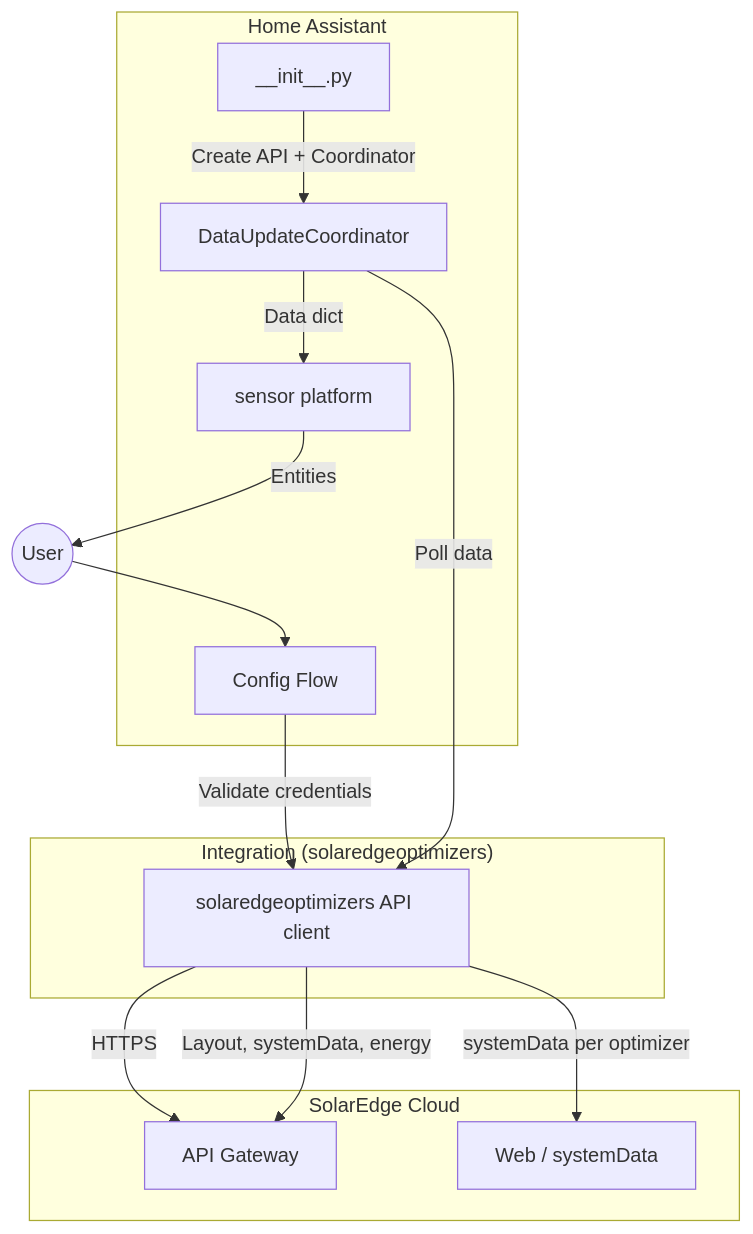
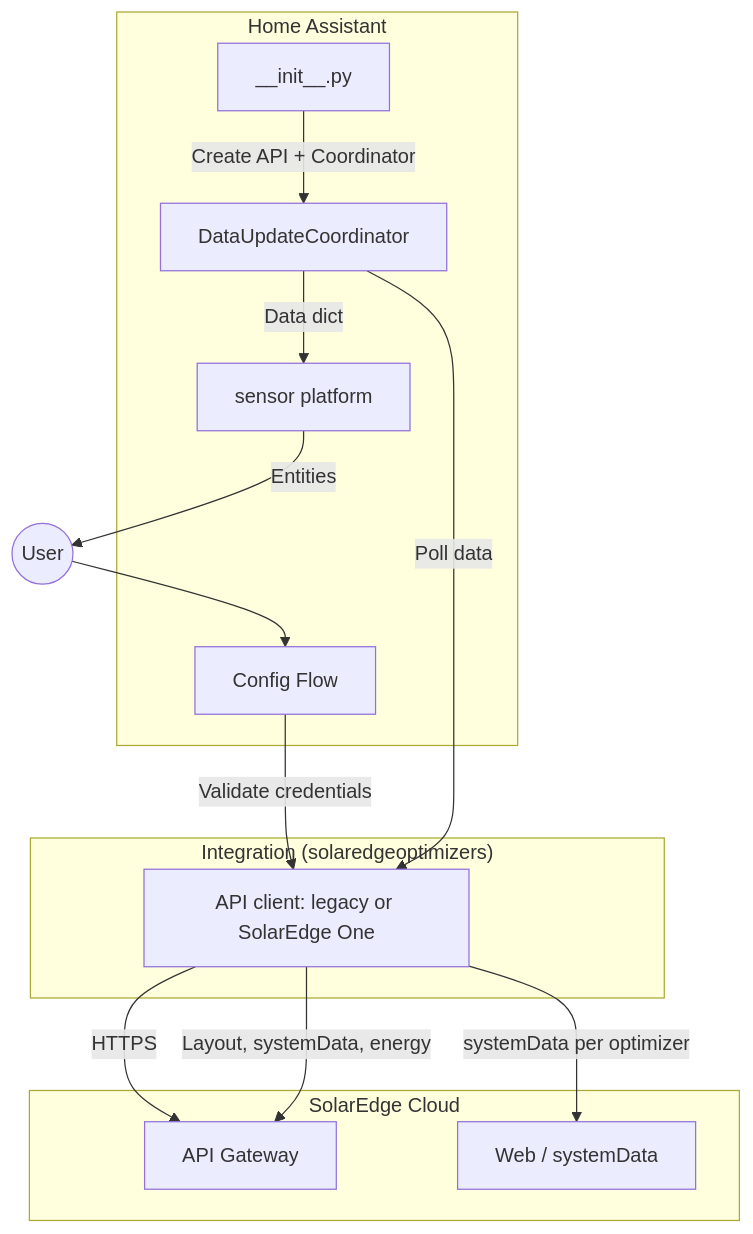
One commit to AndrewTapp/solaredgeoptimizers changed the first of 4 diagrams in custom_components/solaredgeoptimizers/docs/Wiki-Home.md. Above: the diagram before and after it, drawn with Mermaid. The commit also changed other lines of this file, not shown here.

````diff
--- a/custom_components/solaredgeoptimizers/docs/Wiki-Home.md
+++ b/custom_components/solaredgeoptimizers/docs/Wiki-Home.md
@@ -64,28 +65,28 @@
 ```mermaid
 flowchart TB
     subgraph HA["Home Assistant"]
         CF[Config Flow]
         INIT[__init__.py]
         COORD[DataUpdateCoordinator]
         SENSOR[sensor platform]
     end
 
     subgraph INT["Integration (solaredgeoptimizers)"]
-        API[solaredgeoptimizers API client]
+        API[API client: legacy or SolarEdge One]
     end
 
     subgraph SE["SolarEdge Cloud"]
         GW[API Gateway]
         WEB[Web / systemData]
     end
 
     U((User)) --> CF
     CF -->|Validate credentials| API
     API -->|HTTPS| GW
     INIT -->|Create API + Coordinator| COORD
     COORD -->|Poll data| API
     API -->|Layout, systemData, energy| GW
     API -->|systemData per optimizer| WEB
     COORD -->|Data dict| SENSOR
     SENSOR -->|Entities| U
 ```
````
